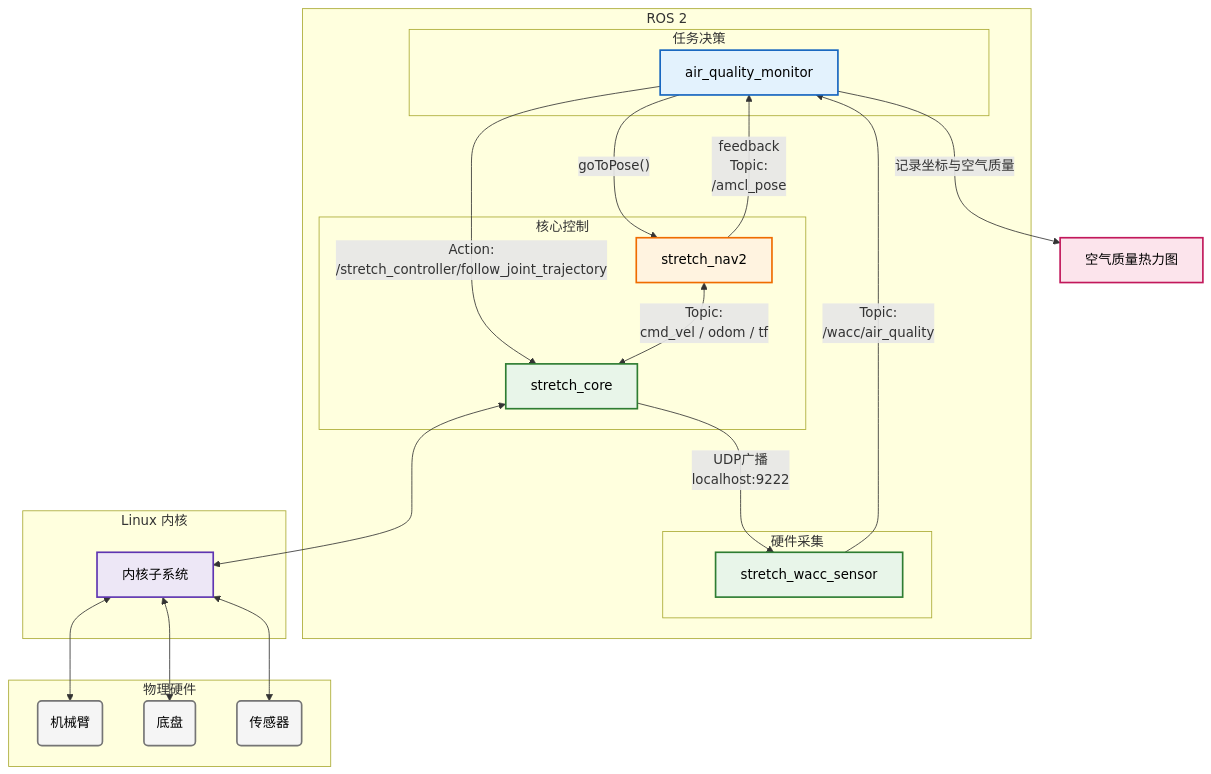
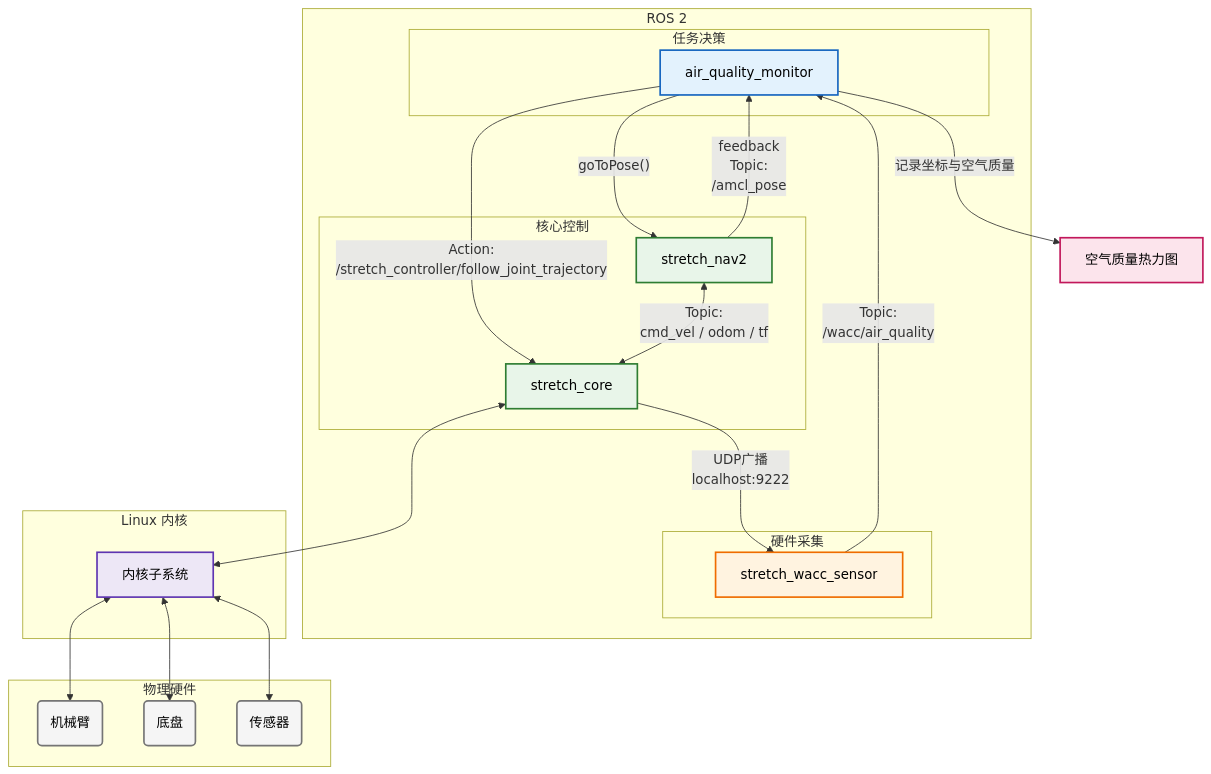
The diagram in README.md (New-Wheat/Stretch_air_quality_monitor), drawn with Mermaid before and after one commit.

Commit message:
README: Optimize mermaid graph

````diff
--- a/README.md
+++ b/README.md
@@ -203,60 +203,60 @@
 ```mermaid
 graph TD
     classDef app fill:#e3f2fd,stroke:#1565c0,stroke-width:2px,color:#000;
     classDef out fill:#fce4ec,stroke:#c2185b,stroke-width:2px,color:#000;
-    classDef nav fill:#fff3e0,stroke:#ef6c00,stroke-width:2px,color:#000;
-    classDef driver fill:#e8f5e9,stroke:#2e7d32,stroke-width:2px,color:#000;
+    classDef cap fill:#fff3e0,stroke:#ef6c00,stroke-width:2px,color:#000;
+    classDef core fill:#e8f5e9,stroke:#2e7d32,stroke-width:2px,color:#000;
     classDef hw fill:#f5f5f5,stroke:#757575,stroke-width:2px,color:#000;
     classDef kernel fill:#ede7f6,stroke:#5e35b1,stroke-width:2px,color:#000;
 
     G["空气质量热力图"]
 
     subgraph ROS2["ROS 2"]
         
         subgraph Layer1["任务决策"]
             F["air_quality_monitor"]
         end
 
         subgraph Layer2["硬件采集"]
             H["stretch_wacc_sensor"]
         end
 
         subgraph Layer3["核心控制"]
             E["stretch_nav2"]
             D["stretch_core"]
         end
 
     end
 
     subgraph Kernel["Linux 内核"]
         K["内核子系统"]
     end
 
     subgraph Hardware["物理硬件"]
         A("机械臂")
         B("底盘")
         C("传感器")
     end
 
     F -->|"goToPose()"| E
     F -->|"Action:<br>/stretch_controller/follow_joint_trajectory"| D
     F -->|"记录坐标与空气质量"| G
 
     E <-->|"Topic:<br>cmd_vel / odom / tf"| D
     D -->|"UDP广播<br>localhost:9222"| H
 
     E -->|"feedback<br>Topic:<br>/amcl_pose"| F
     H -->|"Topic:<br>/wacc/air_quality"| F
 
     D <--> K
     K <--> A
     K <--> B
     K <--> C
 
     class F app;
     class G out;
-    class E nav;
-    class D,H driver;
+    class H cap;
+    class D,E core;
     class A,B,C hw;
     class K kernel;
 ```
````
